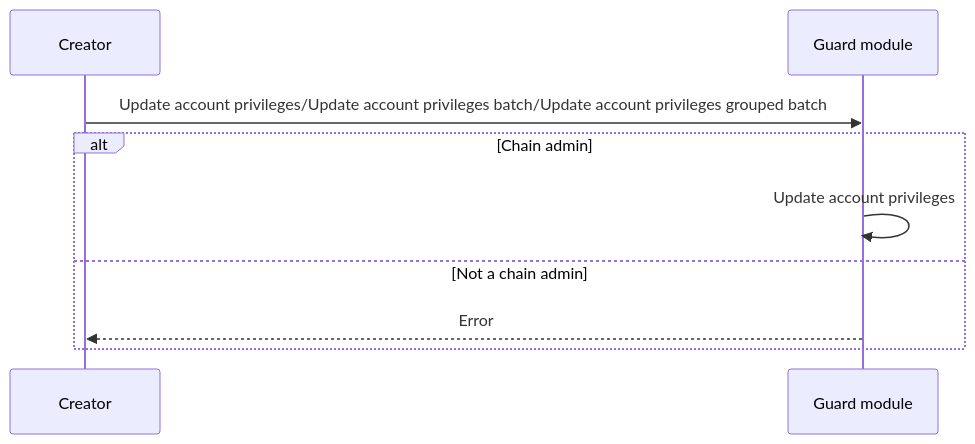
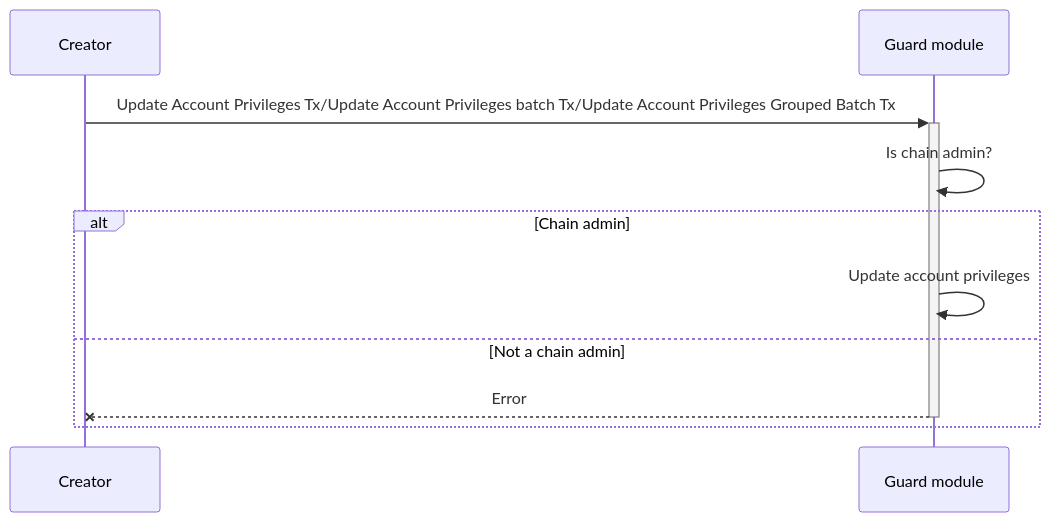
Before and after one commit to MANTRA-Chain/mantrachain: the first of 4 diagrams in x/guard/spec/04_txs_flows.md, drawn with Mermaid. The commit also changed other lines of this file and 12 other files, not shown here.

Commit message:
docs: add update txs flows docs

````diff
--- a/x/guard/spec/04_txs_flows.md
+++ b/x/guard/spec/04_txs_flows.md
@@ -7,9 +7,10 @@
 ```mermaid
 sequenceDiagram
-Creator ->> Guard module: Update account privileges/Update account privileges batch/Update account privileges grouped batch
+Creator->>+Guard module: Update Account Privileges Tx/Update Account Privileges batch Tx/Update Account Privileges Grouped Batch Tx
+Guard module->>Guard module: Is chain admin?
 alt Chain admin
-  Guard module->> Guard module: Update account privileges
+  Guard module->>Guard module: Update account privileges
 else Not a chain admin
-  Guard module-->> Creator: Error
+  Guard module--x-Creator: Error
 end
 ```
````
